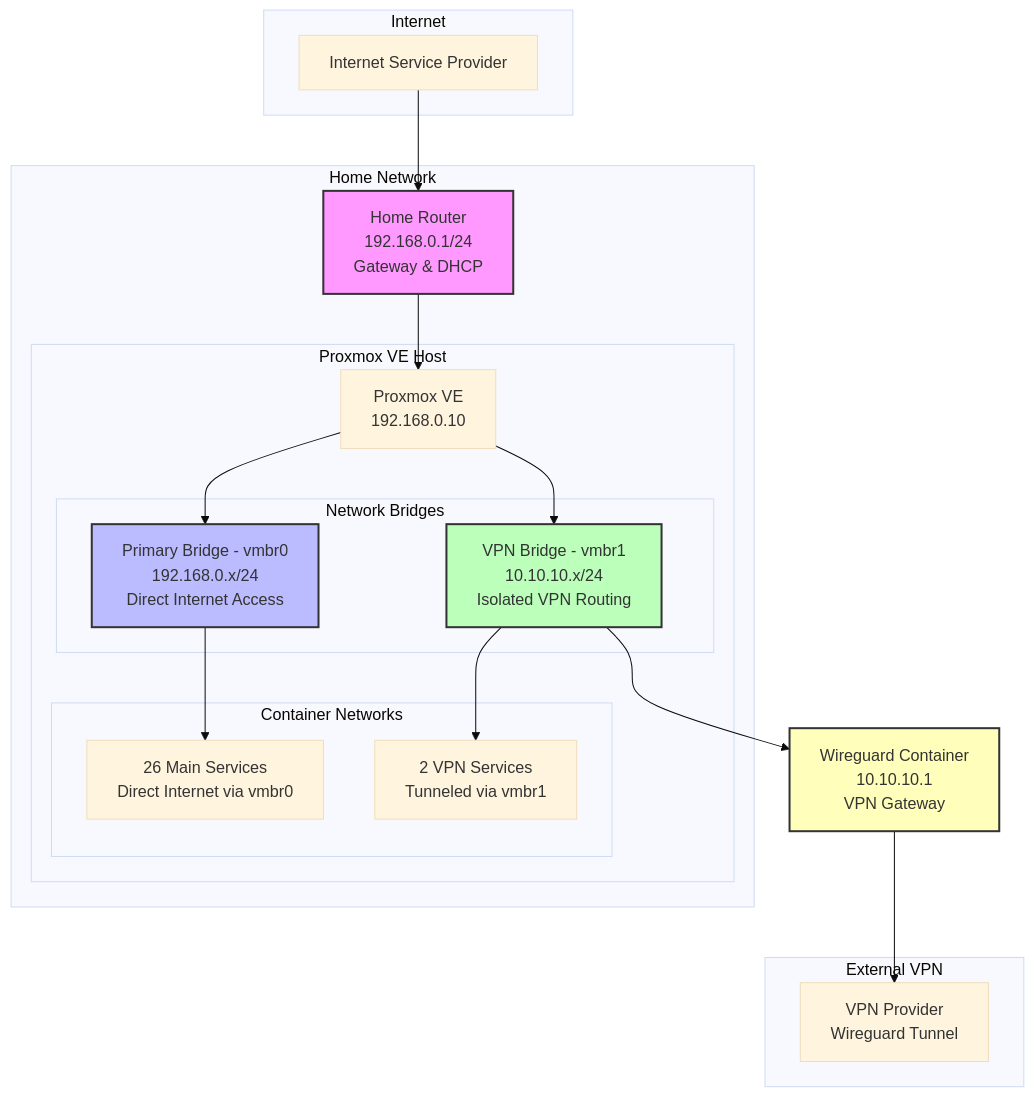
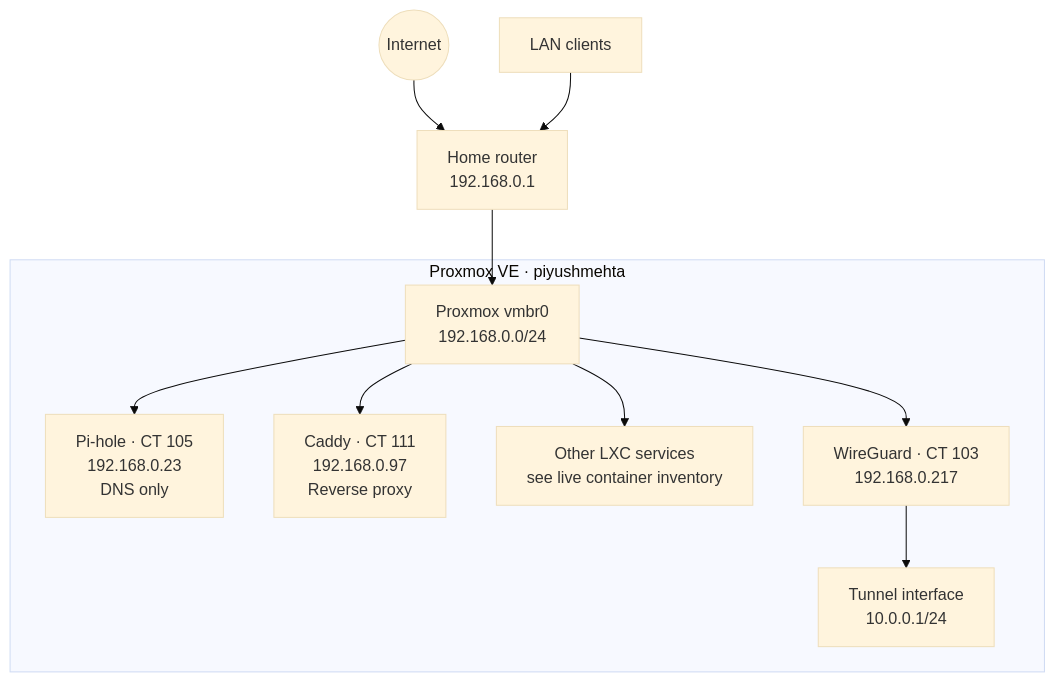
One commit to piyush97/homelab-docs changed the diagram in docs/infrastructure/networking.md. Above: the diagram before and after it, drawn with Mermaid (base theme). The commit also changed other lines of this file and 4 other files, not shown here.

Commit message:
docs: align homelab site with live inventory

````diff
--- a/docs/infrastructure/networking.md
+++ b/docs/infrastructure/networking.md
@@ -7,44 +7,13 @@
 ```mermaid
-graph TB
-    subgraph "Internet"
-        ISP[Internet Service Provider]
+flowchart TB
+    WAN((Internet)) --> ROUTER["Home router<br/>192.168.0.1"]
+    CLIENTS["LAN clients"] --> ROUTER
+    ROUTER --> BR["Proxmox vmbr0<br/>192.168.0.0/24"]
+    subgraph HOST["Proxmox VE · piyushmehta"]
+        BR --> DNS["Pi-hole · CT 105<br/>192.168.0.23<br/>DNS only"]
+        BR --> PROXY["Caddy · CT 111<br/>192.168.0.97<br/>Reverse proxy"]
+        BR --> SERVICES["Other LXC services<br/>see live container inventory"]
+        BR --> WG["WireGuard · CT 103<br/>192.168.0.217"]
+        WG --> TUN["Tunnel interface<br/>10.0.0.1/24"]
     end
-    
-    subgraph "Home Network"
-        Router[Home Router<br/>192.168.0.1/24<br/>Gateway & DHCP]
-        
-        subgraph "Proxmox VE Host"
-            PVE[Proxmox VE<br/>192.168.0.10]
-            
-            subgraph "Network Bridges"
-                vmbr0[Primary Bridge - vmbr0<br/>192.168.0.x/24<br/>Direct Internet Access]
-                vmbr1[VPN Bridge - vmbr1<br/>10.10.10.x/24<br/>Isolated VPN Routing]
-            end
-            
-            subgraph "Container Networks"
-                MainNet[26 Main Services<br/>Direct Internet via vmbr0]
-                VPNNet[2 VPN Services<br/>Tunneled via vmbr1]
-            end
-        end
-    end
-    
-    subgraph "External VPN"
-        VPNProvider[VPN Provider<br/>Wireguard Tunnel]
-    end
-    
-    ISP --> Router
-    Router --> PVE
-    PVE --> vmbr0
-    PVE --> vmbr1
-    
-    vmbr0 --> MainNet
-    vmbr1 --> VPNNet
-    
-    vmbr1 --> WG[Wireguard Container<br/>10.10.10.1<br/>VPN Gateway]
-    WG --> VPNProvider
-    
-    style Router fill:#f9f,stroke:#333,stroke-width:2px
-    style vmbr0 fill:#bbf,stroke:#333,stroke-width:2px
-    style vmbr1 fill:#bfb,stroke:#333,stroke-width:2px
-    style WG fill:#ffb,stroke:#333,stroke-width:2px
 ```
````
